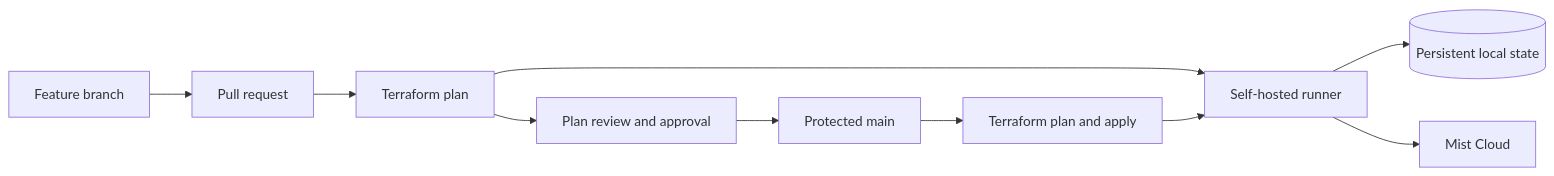
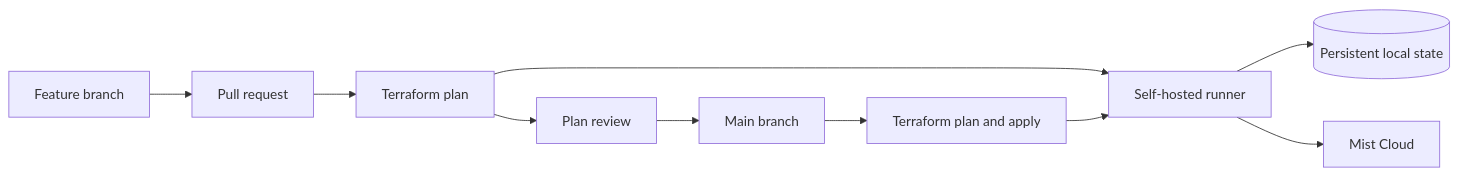
Before and after one commit to tmunzer-AIDE/mist-terraform-gitops-demo: the first of 2 diagrams in README.md, drawn with Mermaid. The commit also changed other lines of this file and 2 other files, not shown here.

````diff
--- a/README.md
+++ b/README.md
@@ -14,12 +16,12 @@
 ```mermaid
 flowchart LR
   Author[Feature branch] --> PR[Pull request]
   PR --> Plan[Terraform plan]
-  Plan --> Review[Plan review and approval]
-  Review --> Main[Protected main]
+  Plan --> Review[Plan review]
+  Review --> Main[Main branch]
   Main --> Apply[Terraform plan and apply]
   Plan --> Runner[Self-hosted runner]
   Apply --> Runner
   Runner --> State[(Persistent local state)]
   Runner --> Mist[Mist Cloud]
 ```
````
